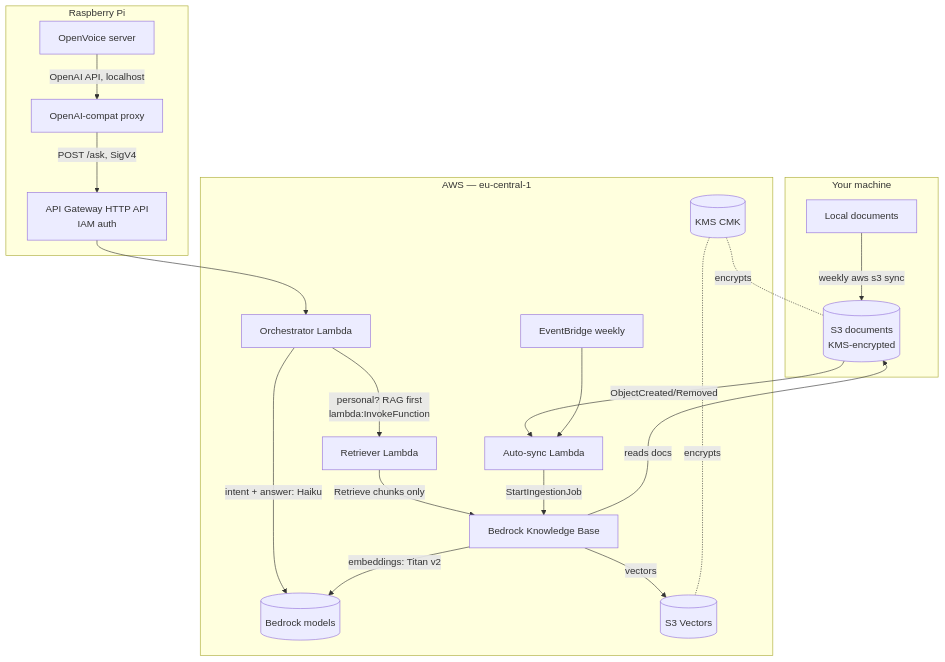
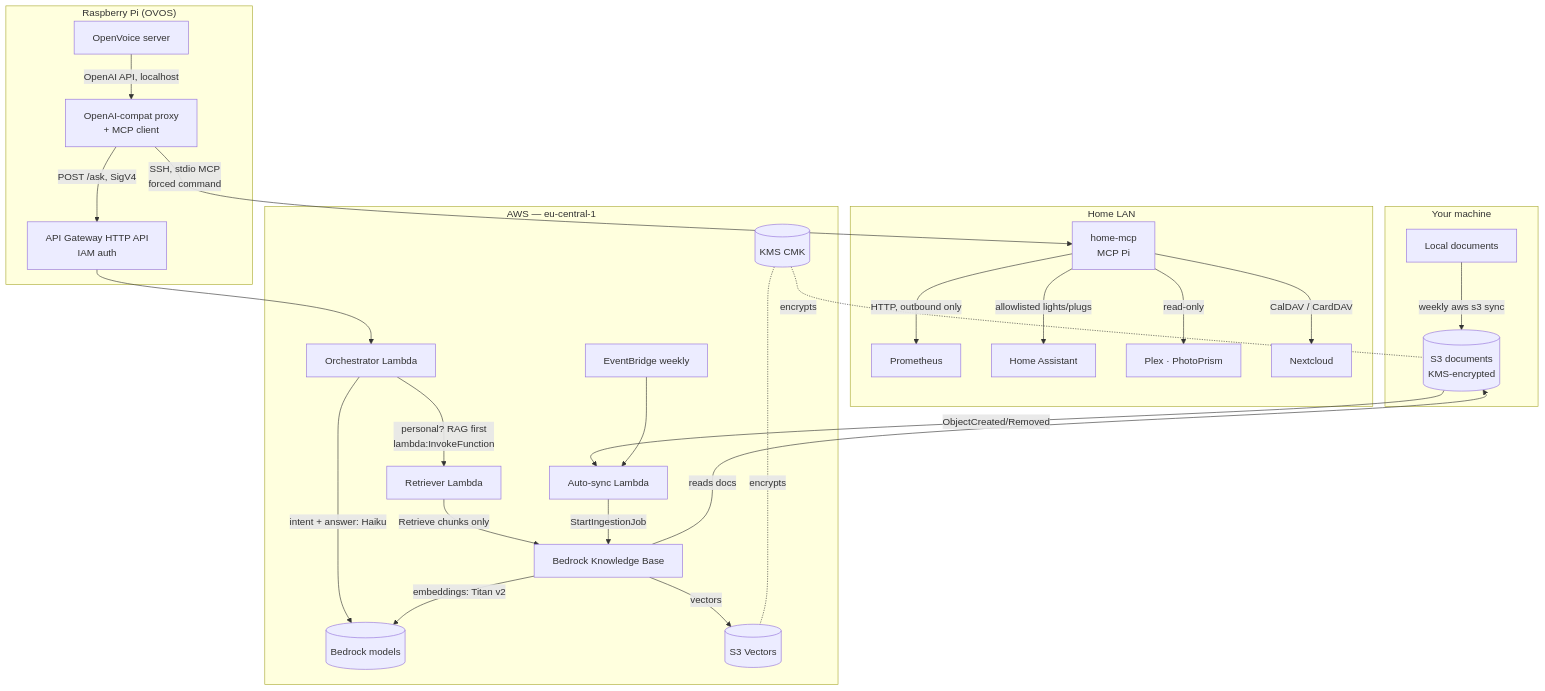
Before and after one commit to mahdsip/familIA: the diagram in README.md, drawn with Mermaid. The commit also changed other lines of this file and 5 other files, not shown here.

First line of the commit message:
chore: Keep only install scripts, point to home-mcp and monitoring

````diff
--- a/README.md
+++ b/README.md
@@ -23,26 +23,34 @@
 ```mermaid
 flowchart TD
     subgraph Local["Your machine"]
       Disk[Local documents] -->|weekly aws s3 sync| S3
     end
 
-    subgraph Pi["Raspberry Pi"]
-      OV[OpenVoice server] -->|OpenAI API, localhost| PX[OpenAI-compat proxy]
+    subgraph Pi["Raspberry Pi (OVOS)"]
+      OV[OpenVoice server] -->|OpenAI API, localhost| PX[OpenAI-compat proxy<br/>+ MCP client]
       PX -->|POST /ask, SigV4| API
+    end
+
+    subgraph Home["Home LAN"]
+      PX -->|SSH, stdio MCP<br/>forced command| MCP[home-mcp<br/>MCP Pi]
+      MCP -->|HTTP, outbound only| PROM[Prometheus]
+      MCP -->|allowlisted lights/plugs| HA[Home Assistant]
+      MCP -->|read-only| PLEX[Plex · PhotoPrism]
+      MCP -->|CalDAV / CardDAV| NC[Nextcloud]
     end
 
     subgraph AWS["AWS — eu-central-1"]
       API[API Gateway HTTP API<br/>IAM auth] --> ORCH[Orchestrator Lambda]
       ORCH -->|intent + answer: Haiku| BR
       ORCH -->|personal? RAG first<br/>lambda:InvokeFunction| QL[Retriever Lambda]
       QL -->|Retrieve chunks only| KB[Bedrock Knowledge Base]
       KB -->|embeddings: Titan v2| BR[(Bedrock models)]
       KB -->|vectors| V[(S3 Vectors)]
       KB -->|reads docs| S3[(S3 documents<br/>KMS-encrypted)]
       S3 -->|ObjectCreated/Removed| AS[Auto-sync Lambda]
       SCH[EventBridge weekly] --> AS
       AS -->|StartIngestionJob| KB
       KMS[(KMS CMK)] -. encrypts .- S3
       KMS -. encrypts .- V
     end
 ```
````
